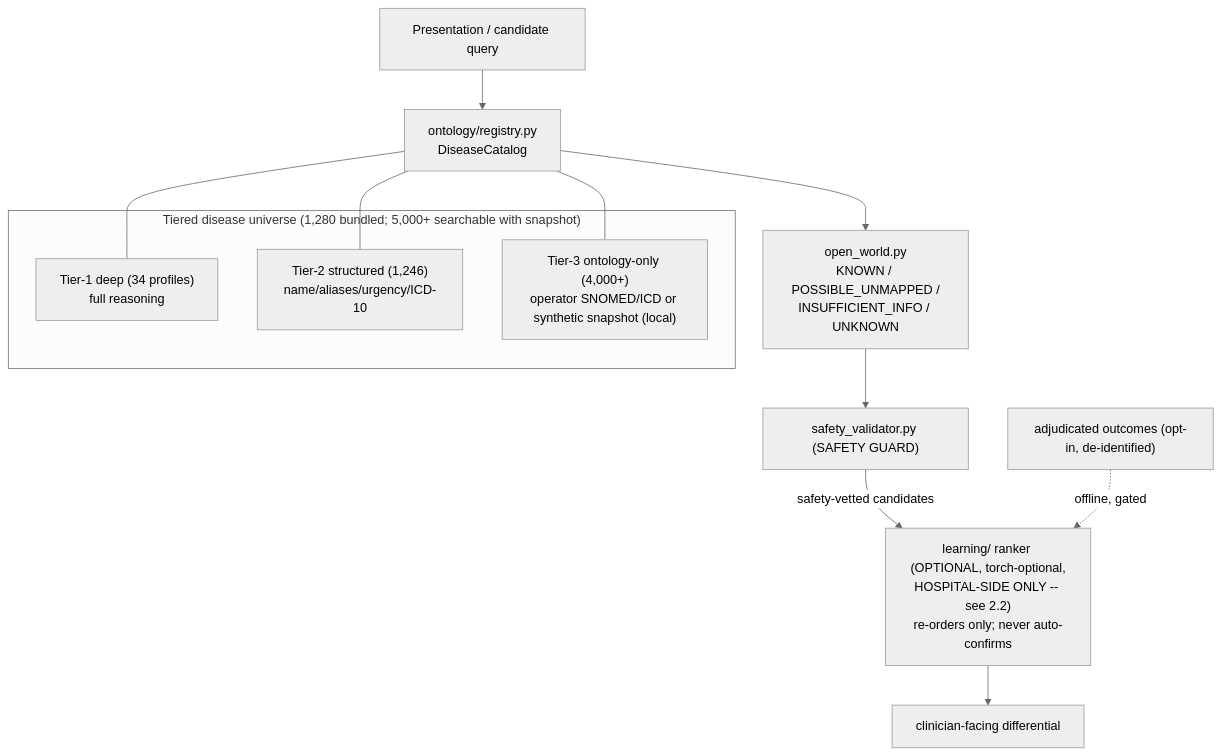
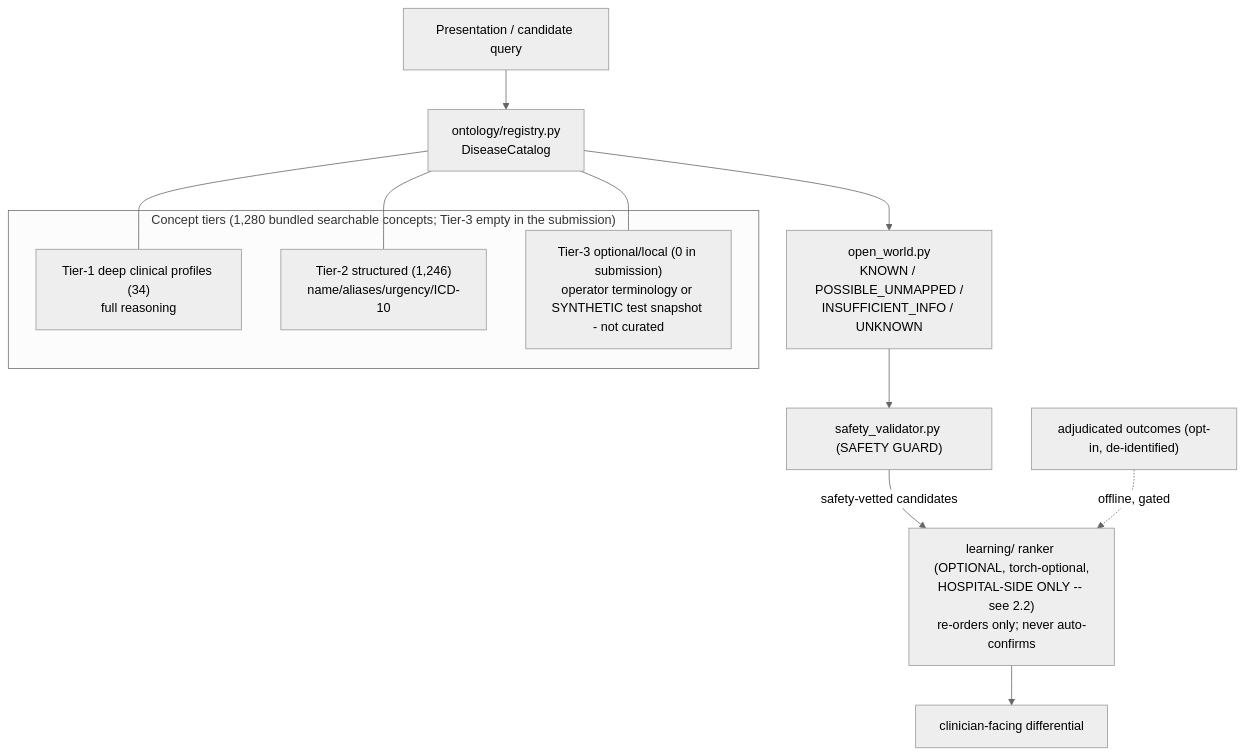
The second of 3 diagrams in README.md (hundol047/nova), drawn with Mermaid (neutral theme) before and after one commit. The commit also changed other lines of this file and 21 other files, not shown here.

````diff
--- a/README.md
+++ b/README.md
@@ -93,17 +109,17 @@
 ```mermaid
 flowchart TD
   Q["Presentation / candidate query"] --> CAT["ontology/registry.py\nDiseaseCatalog"]
-  subgraph TIERS["Tiered disease universe (1,280 bundled; 5,000+ searchable with snapshot)"]
-    T1["Tier-1 deep (34 profiles)\nfull reasoning"]
+  subgraph TIERS["Concept tiers (1,280 bundled searchable concepts; Tier-3 empty in the submission)"]
+    T1["Tier-1 deep clinical profiles (34)\nfull reasoning"]
     T2["Tier-2 structured (1,246)\nname/aliases/urgency/ICD-10"]
-    T3["Tier-3 ontology-only (4,000+)\noperator SNOMED/ICD or synthetic snapshot (local)"]
+    T3["Tier-3 optional/local (0 in submission)\noperator terminology or SYNTHETIC test snapshot - not curated"]
   end
   CAT --- T1
   CAT --- T2
   CAT --- T3
   CAT --> OW["open_world.py\nKNOWN / POSSIBLE_UNMAPPED /\nINSUFFICIENT_INFO / UNKNOWN"]
   OW --> SG["safety_validator.py (SAFETY GUARD)"]
   SG -->|safety-vetted candidates| RANK["learning/ ranker (OPTIONAL, torch-optional,\nHOSPITAL-SIDE ONLY -- see 2.2)\nre-orders only; never auto-confirms"]
   RANK --> DX["clinician-facing differential"]
   OUT["adjudicated outcomes (opt-in, de-identified)"] -.->|offline, gated| RANK
 ```
````
